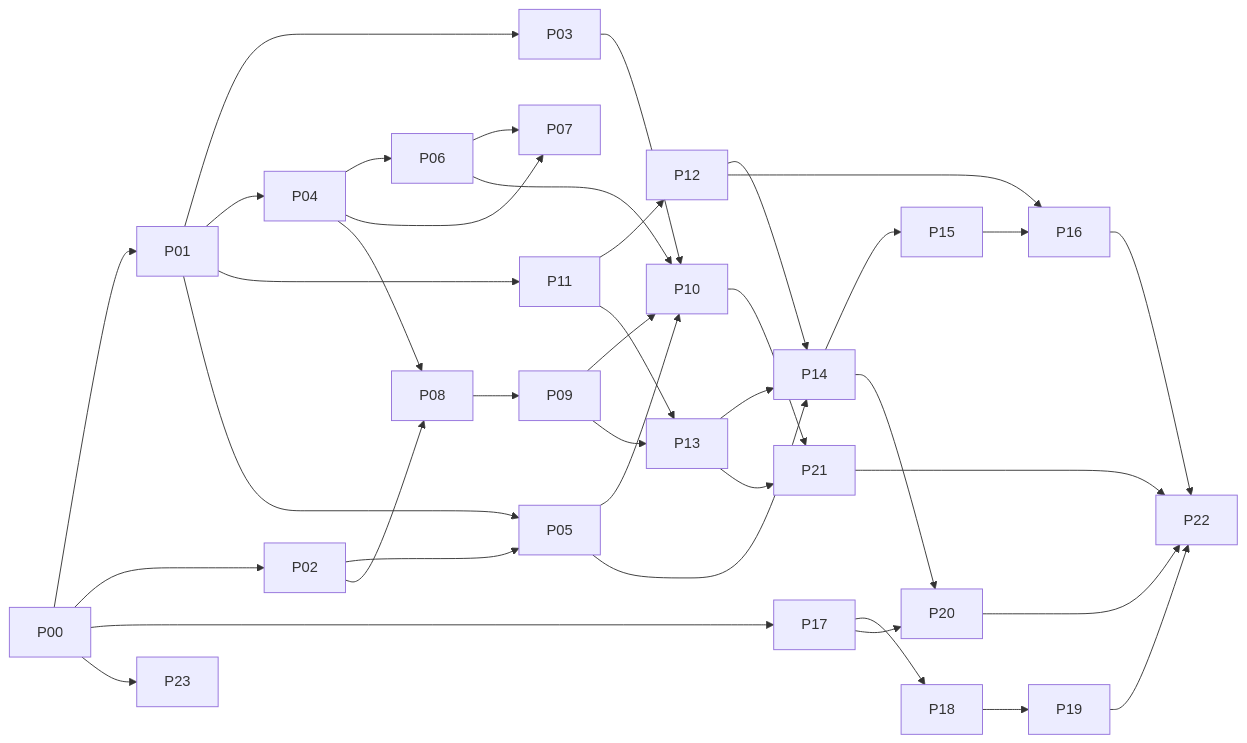
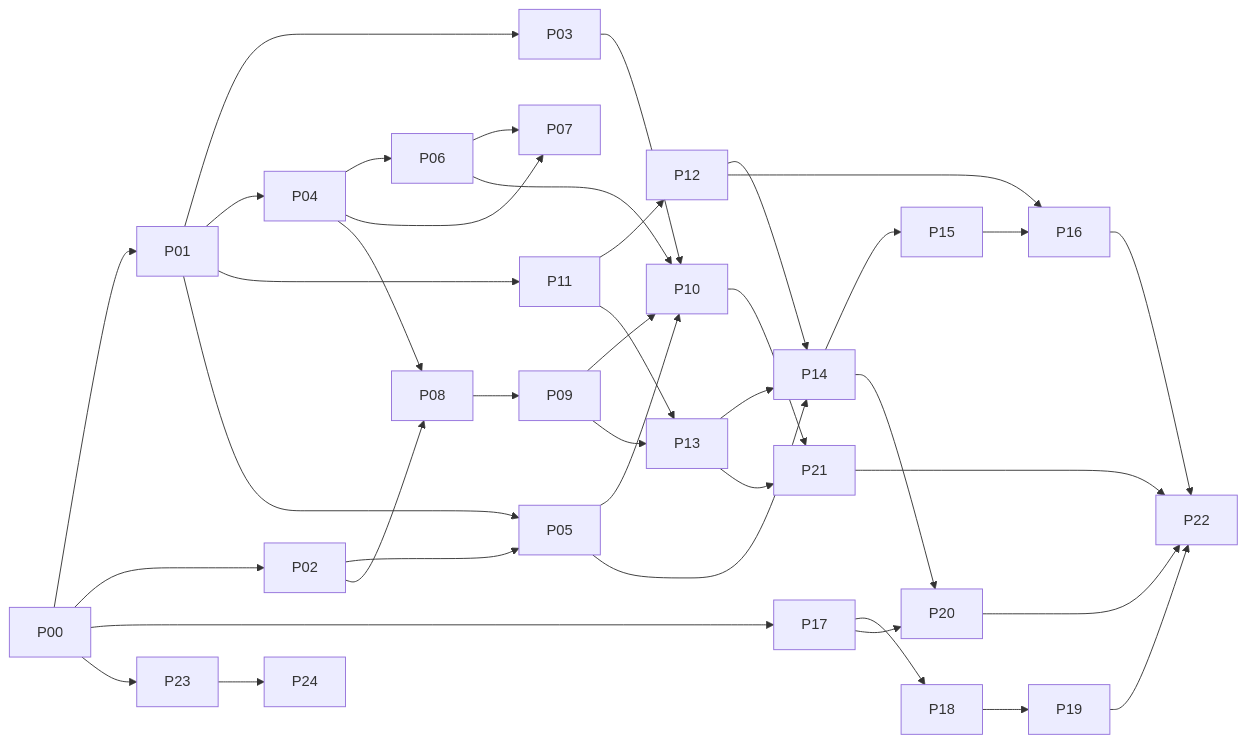
One commit to Kitalon-Labs-LLC/neogold changed the diagram in docs/14_Build_Plan.md. Above: the diagram before and after it, drawn with Mermaid. The commit also changed other lines of this file and 2 other files, not shown here.

````diff
--- a/docs/14_Build_Plan.md
+++ b/docs/14_Build_Plan.md
@@ -63,41 +64,42 @@
 ```mermaid
 flowchart LR
     P00 --> P01
     P00 --> P02
     P00 --> P17
     P00 --> P23
+    P23 --> P24
     P01 --> P03
     P01 --> P04
     P01 --> P11
     P02 --> P05
     P01 --> P05
     P04 --> P06
     P04 --> P07
     P06 --> P07
     P02 --> P08
     P04 --> P08
     P08 --> P09
     P03 --> P10
     P05 --> P10
     P06 --> P10
     P09 --> P10
     P11 --> P12
     P09 --> P13
     P11 --> P13
     P05 --> P14
     P12 --> P14
     P13 --> P14
     P14 --> P15
     P12 --> P16
     P15 --> P16
     P17 --> P18
     P18 --> P19
     P14 --> P20
     P17 --> P20
     P10 --> P21
     P13 --> P21
     P16 --> P22
     P19 --> P22
     P20 --> P22
     P21 --> P22
 ```
````
